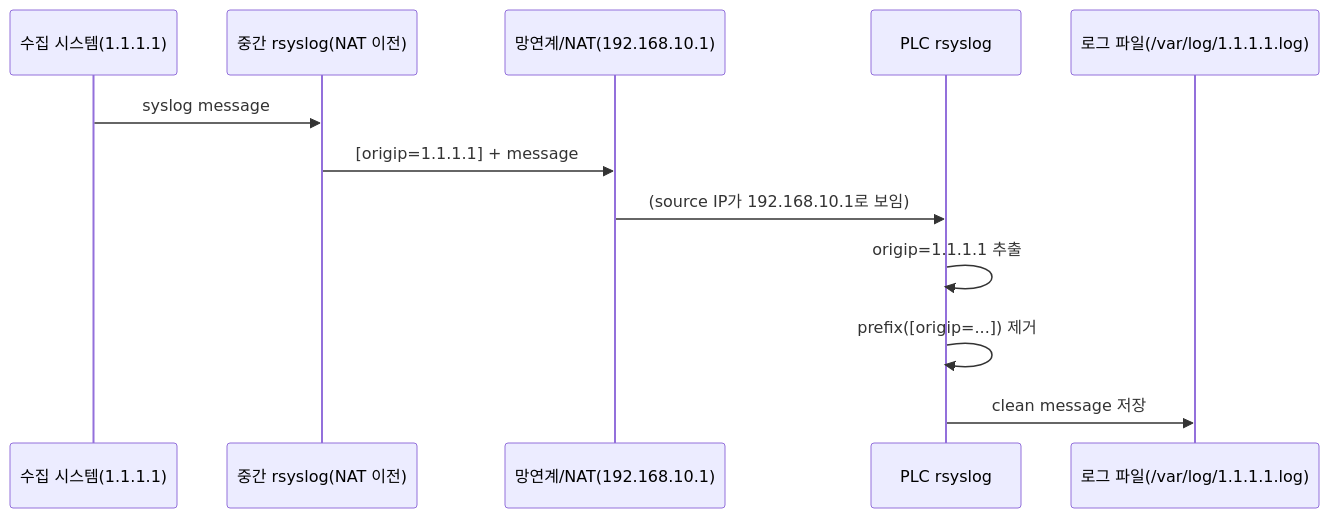
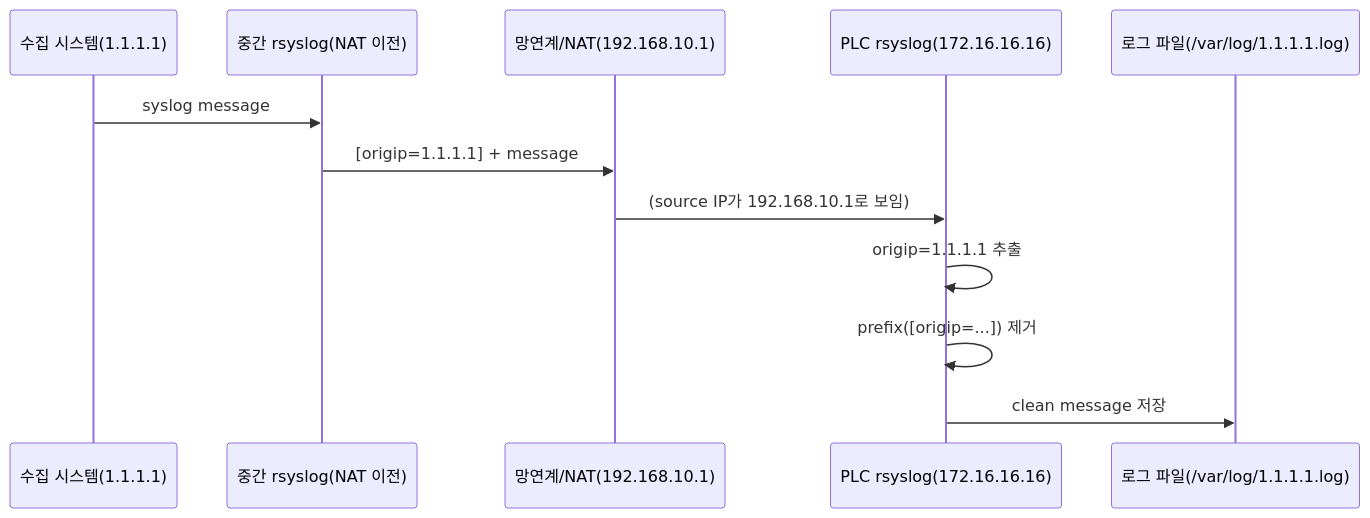
The second of 2 diagrams in v8-stable/rsyslog-origip-routing/README.md (QubitSecurity/rsyslog.d), drawn with Mermaid before and after one commit. The commit also changed other lines of this file, not shown here.

````diff
--- a/v8-stable/rsyslog-origip-routing/README.md
+++ b/v8-stable/rsyslog-origip-routing/README.md
@@ -83,15 +110,15 @@
 ```mermaid
 sequenceDiagram
   participant S as 수집 시스템(1.1.1.1)
   participant R as 중간 rsyslog(NAT 이전)
   participant N as 망연계/NAT(192.168.10.1)
-  participant P as PLC rsyslog
+  participant P as PLC rsyslog(172.16.16.16)
   participant L as 로그 파일(/var/log/1.1.1.1.log)
 
   S->>R: syslog message
   R->>N: [origip=1.1.1.1] + message
   N->>P: (source IP가 192.168.10.1로 보임)
   P->>P: origip=1.1.1.1 추출
   P->>P: prefix([origip=...]) 제거
   P->>L: clean message 저장
 ```
````
